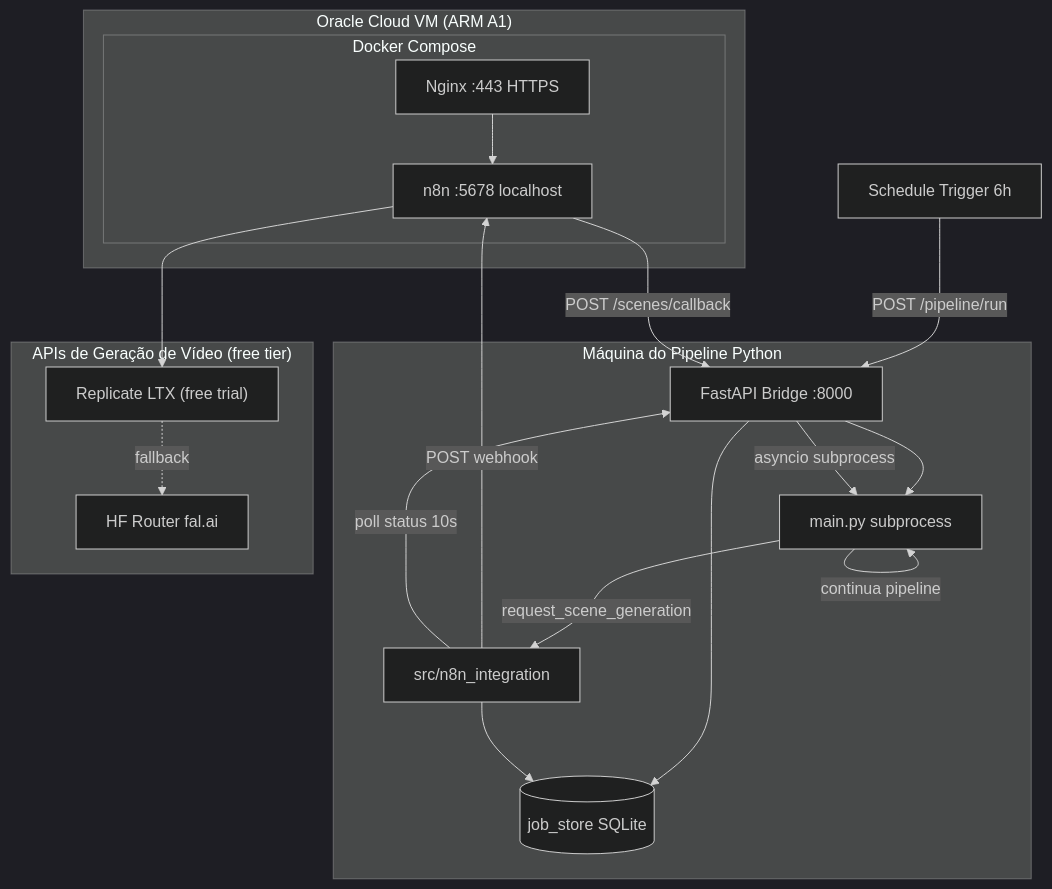
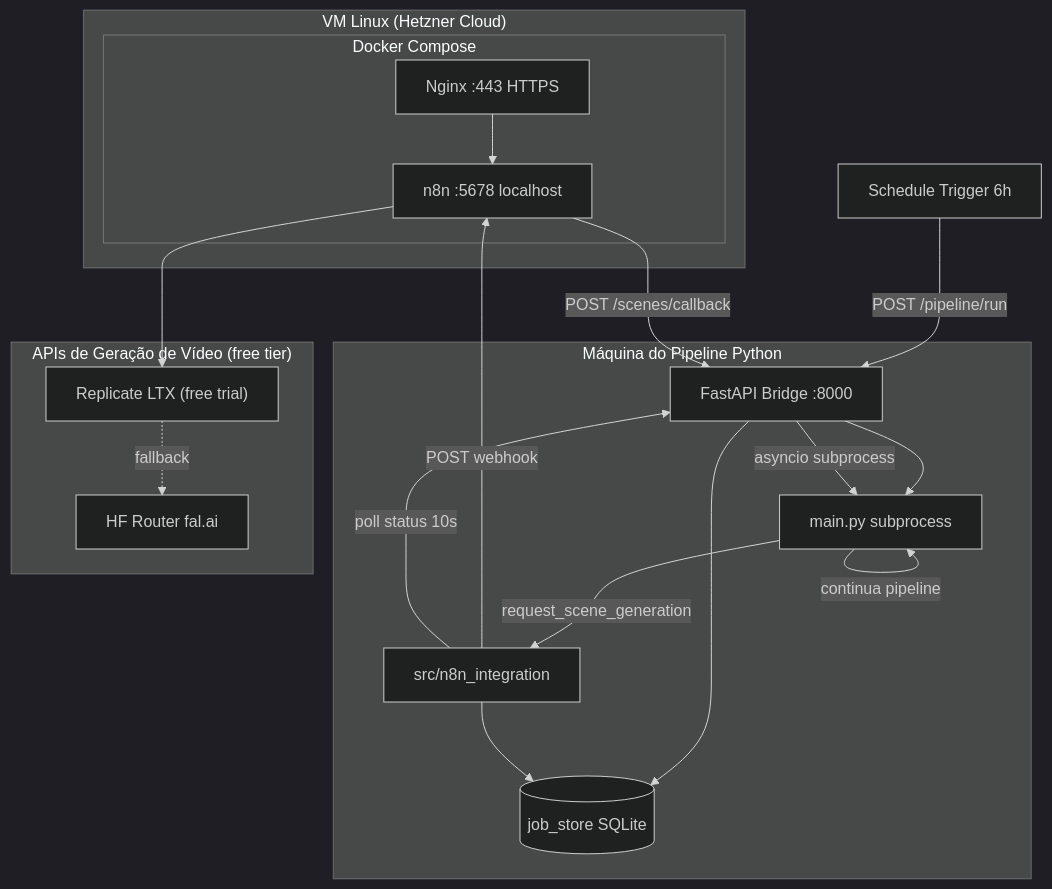
The diagram in docs/n8n_integration.md (triyngtobedev/AI-Commerce-OS), drawn with Mermaid (dark theme) before and after one commit. The commit also changed other lines of this file and 51 other files, not shown here.

````diff
--- a/docs/n8n_integration.md
+++ b/docs/n8n_integration.md
@@ -14,35 +14,35 @@
 ```mermaid
 flowchart TB
-    subgraph OracleCloud["Oracle Cloud VM (ARM A1)"]
+    subgraph CloudVM["VM Linux (Hetzner Cloud)"]
         subgraph Docker["Docker Compose"]
             Nginx["Nginx :443 HTTPS"]
             N8N["n8n :5678 localhost"]
             Nginx --> N8N
         end
     end
 
     subgraph LocalOrVM["Máquina do Pipeline Python"]
         FastAPI["FastAPI Bridge :8000"]
         MainPy["main.py subprocess"]
         N8nClient["src/n8n_integration"]
         JobStore[("job_store SQLite")]
         FastAPI --> MainPy
         FastAPI --> JobStore
         N8nClient --> JobStore
     end
 
     subgraph AIProviders["APIs de Geração de Vídeo (free tier)"]
         Replicate["Replicate LTX"]
         HF["HF Router fal.ai"]
     end
 
     Schedule["Schedule Trigger 6h"] -->|"POST /pipeline/run"| FastAPI
     FastAPI -->|"asyncio subprocess"| MainPy
     MainPy -->|"request_scene_generation"| N8nClient
     N8nClient -->|"POST webhook"| N8N
     N8N --> Replicate["Replicate LTX (free trial)"]
     Replicate -.->|"fallback"| HF["HF Router fal.ai"]
     N8N -->|"POST /scenes/callback"| FastAPI
     N8nClient -->|"poll status 10s"| FastAPI
     MainPy -->|"continua pipeline"| MainPy
 ```
````
